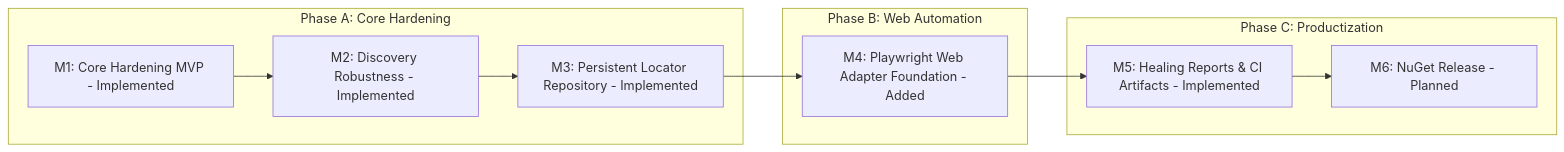
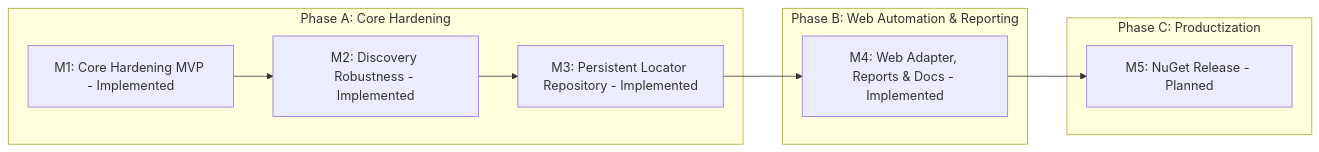
The third of 3 diagrams in README.md (mustafasercansak/automation-sandbox), drawn with Mermaid before and after one commit. The commit also changed 1 other file, not shown here.

Commit message:
feat: update project milestones to include reporting and documentation enhancements

````diff
--- a/README.md
+++ b/README.md
@@ -410,17 +410,16 @@
 ```mermaid
 graph LR
     subgraph PhaseA [Phase A: Core Hardening]
         M1[M1: Core Hardening MVP - Implemented]
         M2[M2: Discovery Robustness - Implemented]
         M3[M3: Persistent Locator Repository - Implemented]
         M1 --> M2 --> M3
     end
-    subgraph PhaseB [Phase B: Web Automation]
-        M4[M4: Playwright Web Adapter Foundation - Added]
+    subgraph PhaseB [Phase B: Web Automation & Reporting]
+        M4[M4: Web Adapter, Reports & Docs - Implemented]
     end
     subgraph PhaseC [Phase C: Productization]
-        M5[M5: Healing Reports & CI Artifacts - Implemented]
-        M6[M6: NuGet Release - Planned]
+        M5[M5: NuGet Release - Planned]
     end
-    M3 --> M4 --> M5 --> M6
+    M3 --> M4 --> M5
 ```
````
